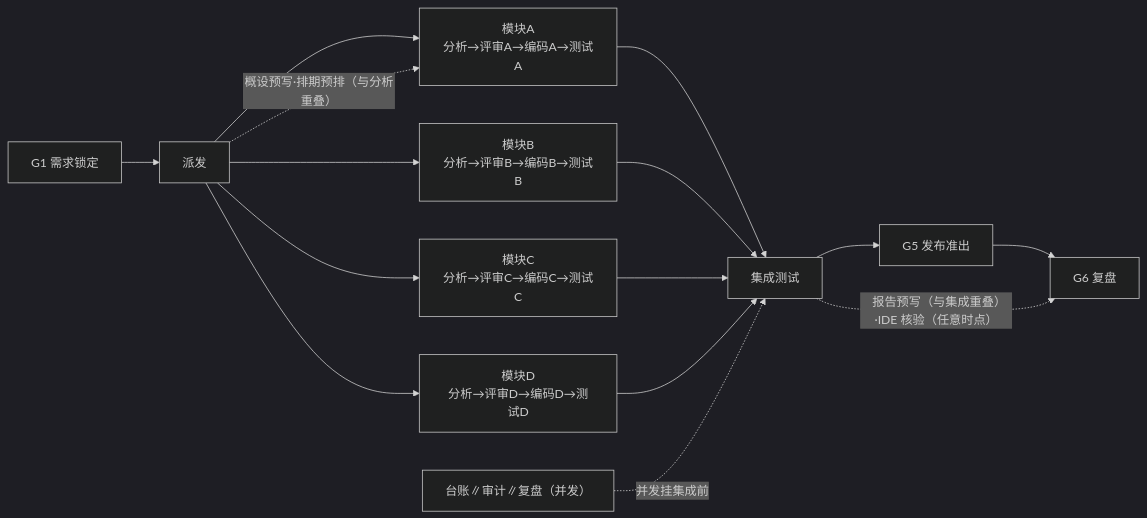
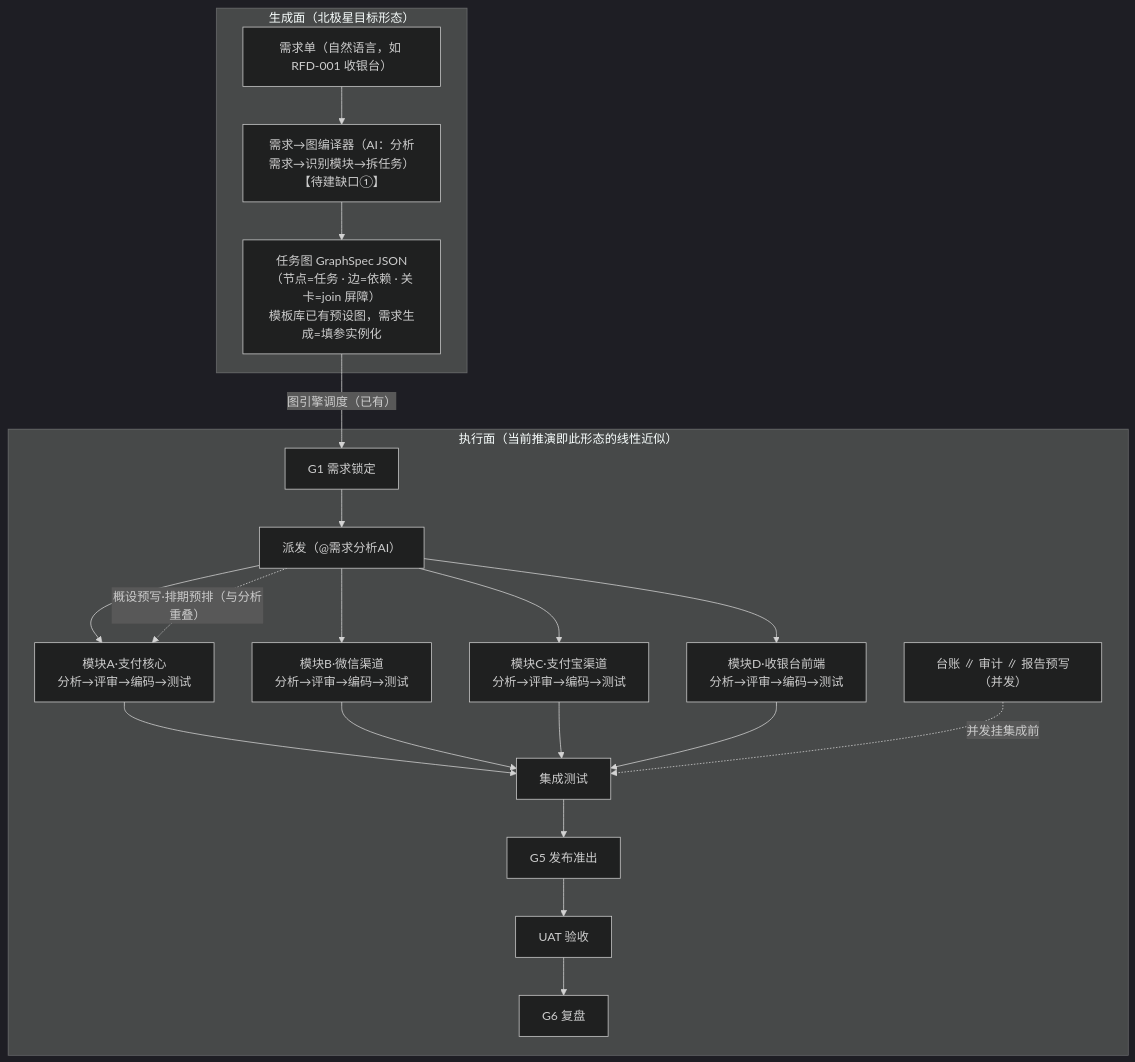
The first of 3 diagrams in docs/superpowers/specs/2026-10-05-mux-v8-fullflow-plan.md (issac-new/SwarmStudio), drawn with Mermaid (dark theme) before and after one commit. The commit also changed other lines of this file, not shown here.

First line of the commit message:
docs(plan): 结构性重构七项（用户裁定）——一图贯通生成执行/清理处置三类/能力层按最新技能展开/本体视图归位场景/标题去赘述/2.4-2.9 与 3-5 部分边界分层

````diff
--- a/docs/superpowers/specs/2026-10-05-mux-v8-fullflow-plan.md
+++ b/docs/superpowers/specs/2026-10-05-mux-v8-fullflow-plan.md
@@ -61,16 +61,24 @@
 ```mermaid
-flowchart LR
-    G1["G1 需求锁定"] --> D["派发"]
-    D --> A["模块A<br/>分析→评审A→编码A→测试A"]
-    D --> B["模块B<br/>分析→评审B→编码B→测试B"]
-    D --> C["模块C<br/>分析→评审C→编码C→测试C"]
-    D --> E["模块D<br/>分析→评审D→编码D→测试D"]
-    A --> IT["集成测试"]
-    B --> IT
-    C --> IT
-    E --> IT
-    IT --> G5["G5 发布准出"] --> G6["G6 复盘"]
-    GOV["台账∥审计∥复盘（并发）"] -.并发挂集成前.-> IT
-    D -. "概设预写·排期预排（与分析重叠）" .-> A
-    IT -. "报告预写（与集成重叠）·IDE 核验（任意时点）" .-> G6
+flowchart TB
+    subgraph GEN["生成面（北极星目标形态）"]
+        REQ["需求单（自然语言，如 RFD-001 收银台）"]
+        COMP["需求→图编译器（AI：分析需求→识别模块→拆任务）<br/>【待建缺口①】"]
+        SPEC["任务图 GraphSpec JSON（节点=任务 · 边=依赖 · 关卡=join 屏障）<br/>模板库已有预设图，需求生成=填参实例化"]
+        REQ --> COMP --> SPEC
+    end
+    subgraph DAG["执行面（当前推演即此形态的线性近似）"]
+        SPEC -->|"图引擎调度（已有）"| G1["G1 需求锁定"]
+        G1 --> D["派发（@需求分析AI）"]
+        D --> A["模块A·支付核心<br/>分析→评审→编码→测试"]
+        D --> B["模块B·微信渠道<br/>分析→评审→编码→测试"]
+        D --> C["模块C·支付宝渠道<br/>分析→评审→编码→测试"]
+        D --> E["模块D·收银台前端<br/>分析→评审→编码→测试"]
+        A --> IT["集成测试"]
+        B --> IT
+        C --> IT
+        E --> IT
+        IT --> G5["G5 发布准出"] --> UAT["UAT 验收"] --> G6["G6 复盘"]
+        GOV["台账 ∥ 审计 ∥ 报告预写（并发）"] -.并发挂集成前.-> IT
+        D -. "概设预写·排期预排（与分析重叠）" .-> A
+    end
 ```
````
